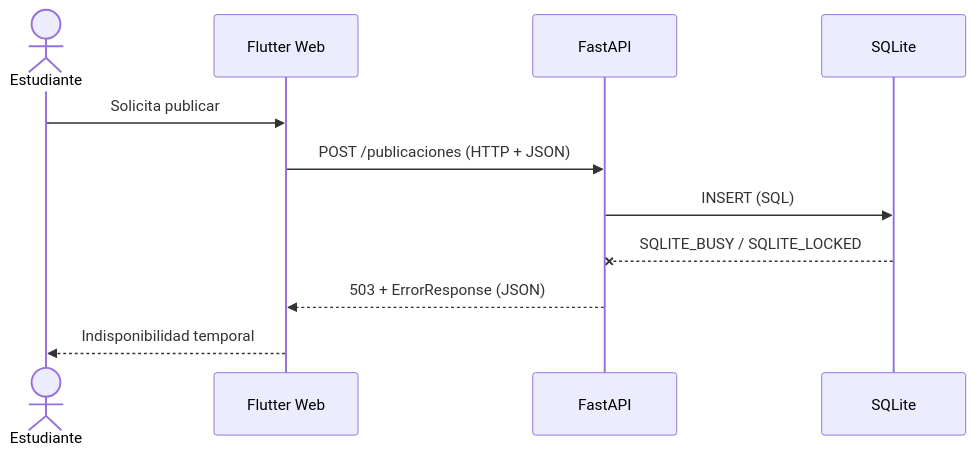
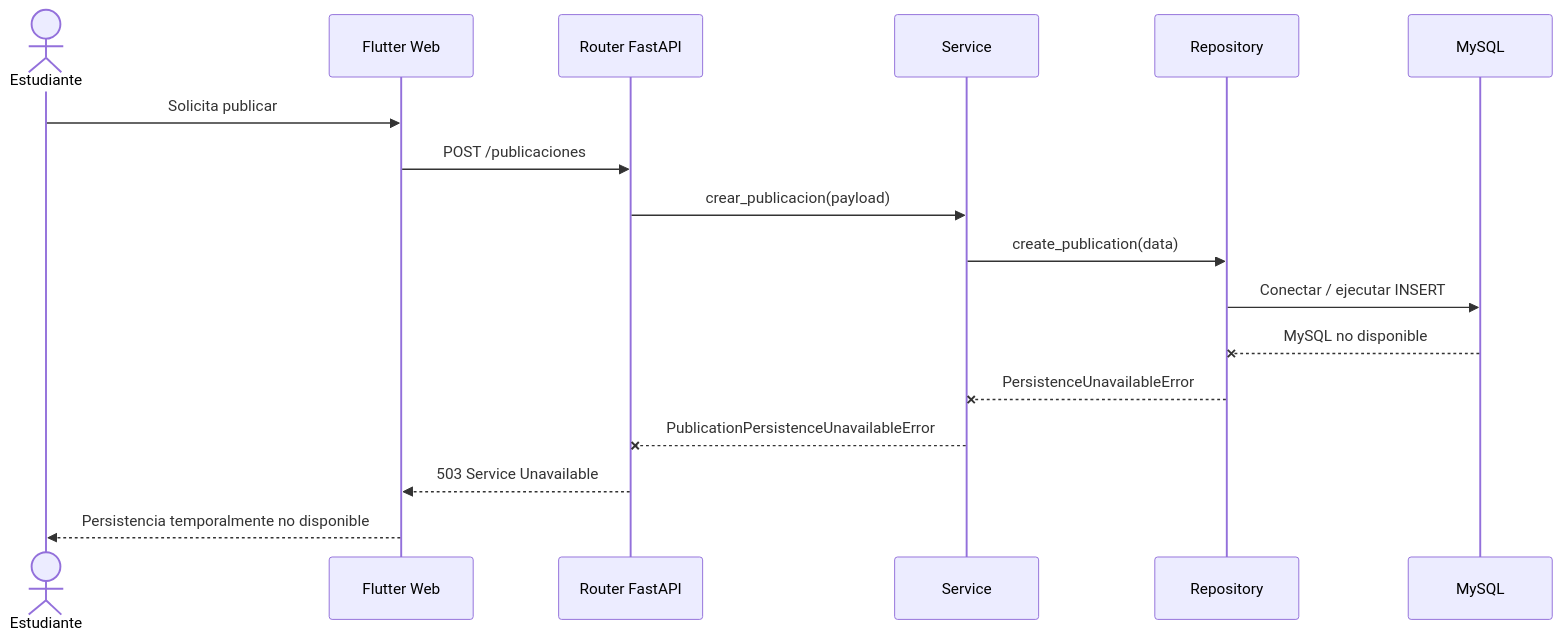
Before and after one commit to ISCOUTB/AS_202620_PROYECTO_CAMPUSMARKET: the second of 2 diagrams in docs/arc42/06-vista-ejecucion.md, drawn with Mermaid. The commit also changed other lines of this file and 15 other files, not shown here.

Commit message:
docs: alinear arquitectura S7 con MySQL y contrato API

````diff
--- a/docs/arc42/06-vista-ejecucion.md
+++ b/docs/arc42/06-vista-ejecucion.md
@@ -56,13 +120,20 @@
 ```mermaid
 sequenceDiagram
     actor E as Estudiante
     participant F as Flutter Web
-    participant A as FastAPI
-    participant D as SQLite
+    participant R as Router FastAPI
+    participant S as Service
+    participant P as Repository
+    participant D as MySQL
+
     E->>F: Solicita publicar
-    F->>A: POST /publicaciones (HTTP + JSON)
-    A->>D: INSERT (SQL)
-    D--xA: SQLITE_BUSY / SQLITE_LOCKED
-    A-->>F: 503 + ErrorResponse (JSON)
-    F-->>E: Indisponibilidad temporal
+    F->>R: POST /publicaciones
+    R->>S: crear_publicacion(payload)
+    S->>P: create_publication(data)
+    P->>D: Conectar / ejecutar INSERT
+    D--xP: MySQL no disponible
+    P--xS: PersistenceUnavailableError
+    S--xR: PublicationPersistenceUnavailableError
+    R-->>F: 503 Service Unavailable
+    F-->>E: Persistencia temporalmente no disponible
 ```
````
